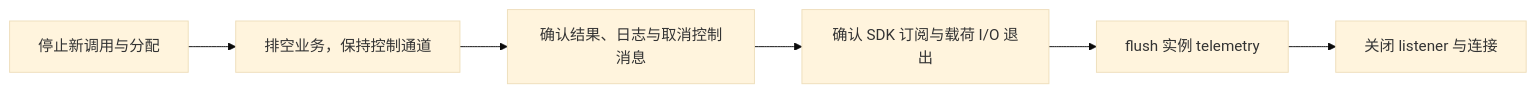
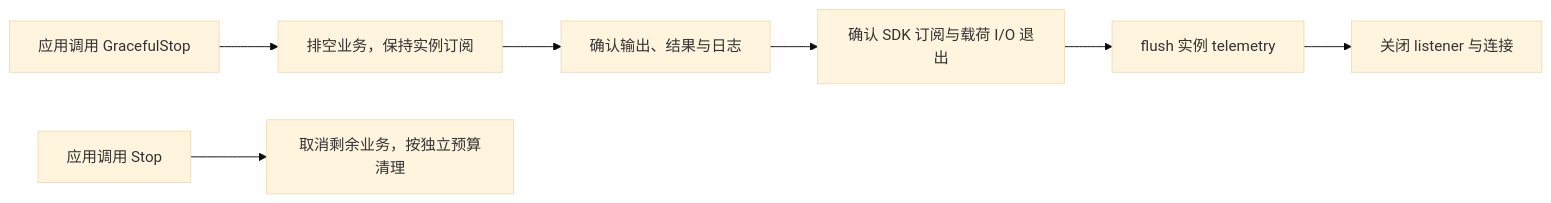
Before and after one commit to wegohub/hatchet: the third of 3 diagrams in sdks/wego/docs/design/worker.md, drawn with Mermaid (base theme). The commit also changed other lines of this file and 379 other files, not shown here.

````diff
--- a/sdks/wego/docs/design/worker.md
+++ b/sdks/wego/docs/design/worker.md
@@ -161,8 +517,9 @@
 ```mermaid
 flowchart LR
-    A[停止新调用与分配] --> B[排空业务，保持控制通道]
-    B --> C[确认结果、日志与取消控制消息]
+    A[应用调用 GracefulStop] --> B[排空业务，保持实例订阅]
+    B --> C[确认输出、结果与日志]
     C --> J[确认 SDK 订阅与载荷 I/O 退出]
     J --> D[flush 实例 telemetry]
     D --> E[关闭 listener 与连接]
+    S[应用调用 Stop] --> F[取消剩余业务，按独立预算清理]
 ```
````
